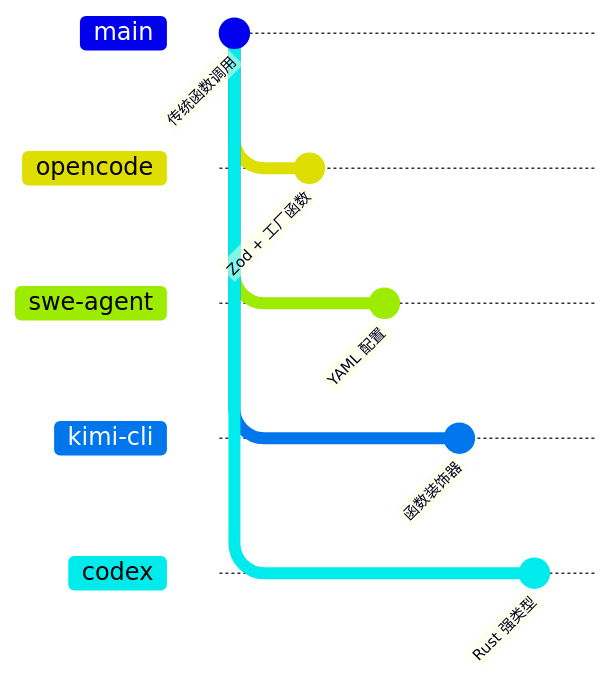
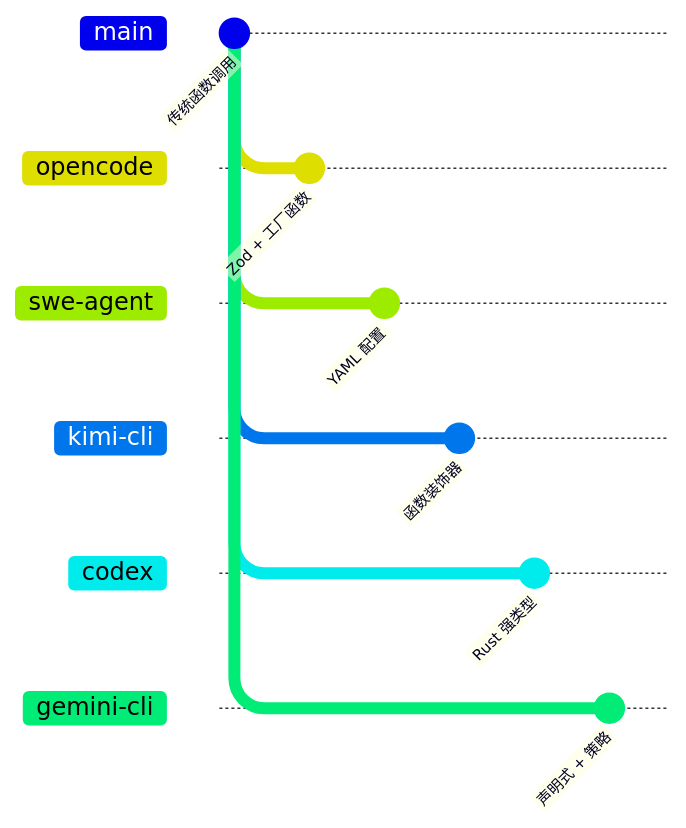
Before and after one commit to giraffe-tree/agent-base: the ninth of 9 diagrams in docs/opencode/05-opencode-tools-system.md, drawn with Mermaid. The commit also changed other lines of this file and 155 other files, not shown here.

````diff
--- a/docs/opencode/05-opencode-tools-system.md
+++ b/docs/opencode/05-opencode-tools-system.md
@@ -566,19 +624,23 @@
 ```mermaid
 gitGraph
     commit id: "传统函数调用"
     branch "opencode"
     checkout "opencode"
     commit id: "Zod + 工厂函数"
     checkout main
     branch "swe-agent"
     checkout "swe-agent"
     commit id: "YAML 配置"
     checkout main
     branch "kimi-cli"
     checkout "kimi-cli"
     commit id: "函数装饰器"
     checkout main
     branch "codex"
     checkout "codex"
     commit id: "Rust 强类型"
+    checkout main
+    branch "gemini-cli"
+    checkout "gemini-cli"
+    commit id: "声明式 + 策略"
 ```
````
